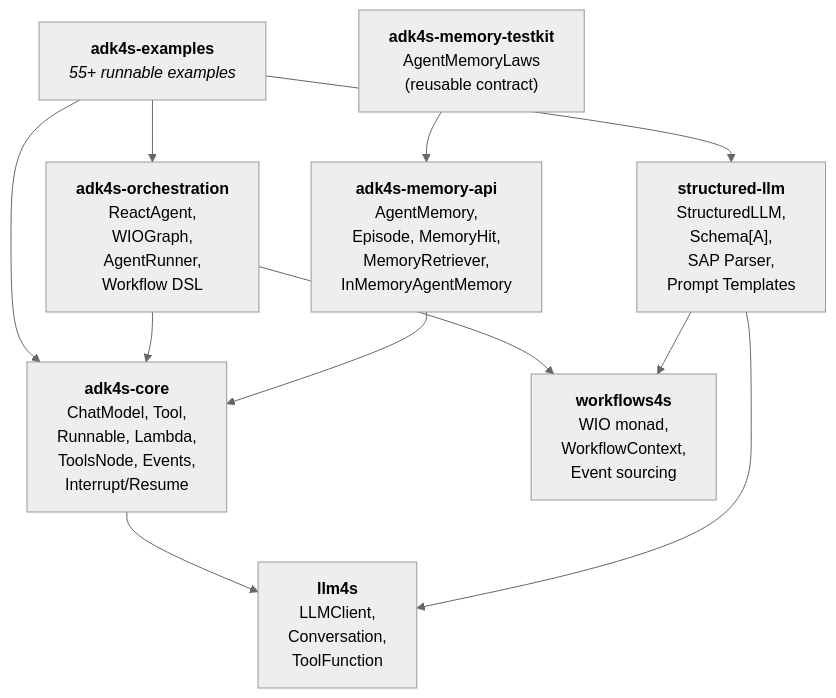
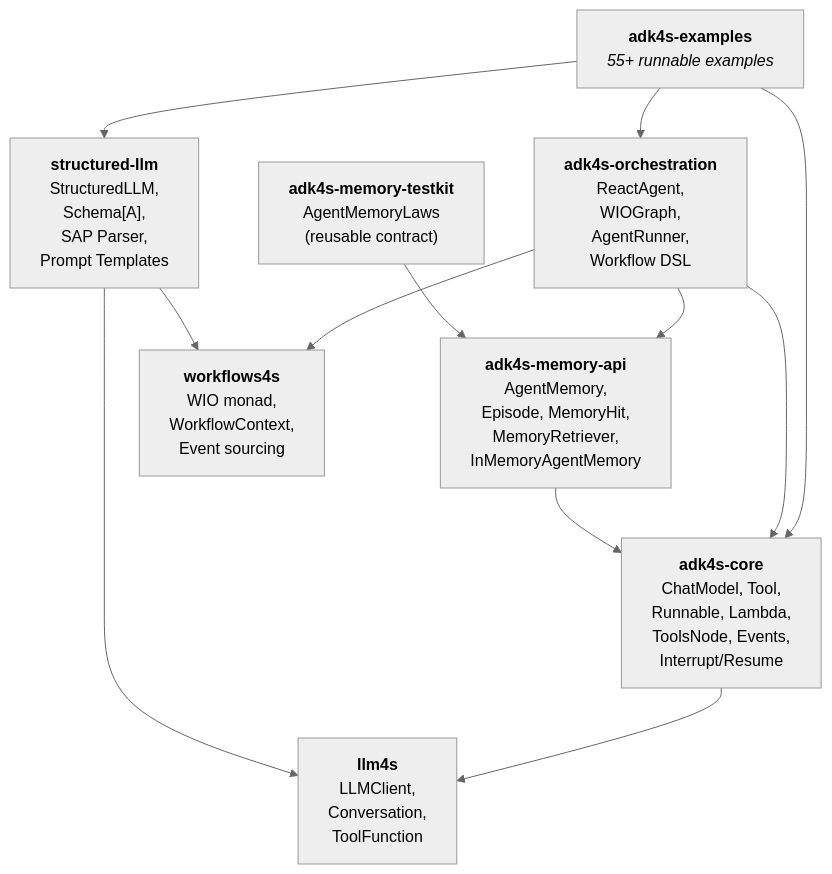
The diagram in README.MD (gruggiero/Adk4s), drawn with Mermaid (neutral theme) before and after one commit. The commit also changed other lines of this file, not shown here.

First line of the commit message:
docs: document MemoryAwareRunner and memory events in README

````diff
--- a/README.MD
+++ b/README.MD
@@ -7,25 +7,26 @@
 ```mermaid
 graph TD
     examples["<b>adk4s-examples</b><br/><i>55+ runnable examples</i>"]
 
     core["<b>adk4s-core</b><br/>ChatModel, Tool,<br/>Runnable, Lambda,<br/>ToolsNode, Events,<br/>Interrupt/Resume"]
     orchestration["<b>adk4s-orchestration</b><br/>ReactAgent,<br/>WIOGraph,<br/>AgentRunner,<br/>Workflow DSL"]
     structured["<b>structured-llm</b><br/>StructuredLLM,<br/>Schema[A],<br/>SAP Parser,<br/>Prompt Templates"]
     memoryApi["<b>adk4s-memory-api</b><br/>AgentMemory,<br/>Episode, MemoryHit,<br/>MemoryRetriever,<br/>InMemoryAgentMemory"]
     memoryTestkit["<b>adk4s-memory-testkit</b><br/>AgentMemoryLaws<br/>(reusable contract)"]
 
     llm4s["<b>llm4s</b><br/>LLMClient,<br/>Conversation,<br/>ToolFunction"]
     workflows4s["<b>workflows4s</b><br/>WIO monad,<br/>WorkflowContext,<br/>Event sourcing"]
 
     examples --> core
     examples --> orchestration
     examples --> structured
 
     core --> llm4s
     orchestration --> core
     orchestration --> workflows4s
+    orchestration --> memoryApi
     structured --> llm4s
     structured --> workflows4s
     memoryApi --> core
     memoryTestkit --> memoryApi
 ```
````
